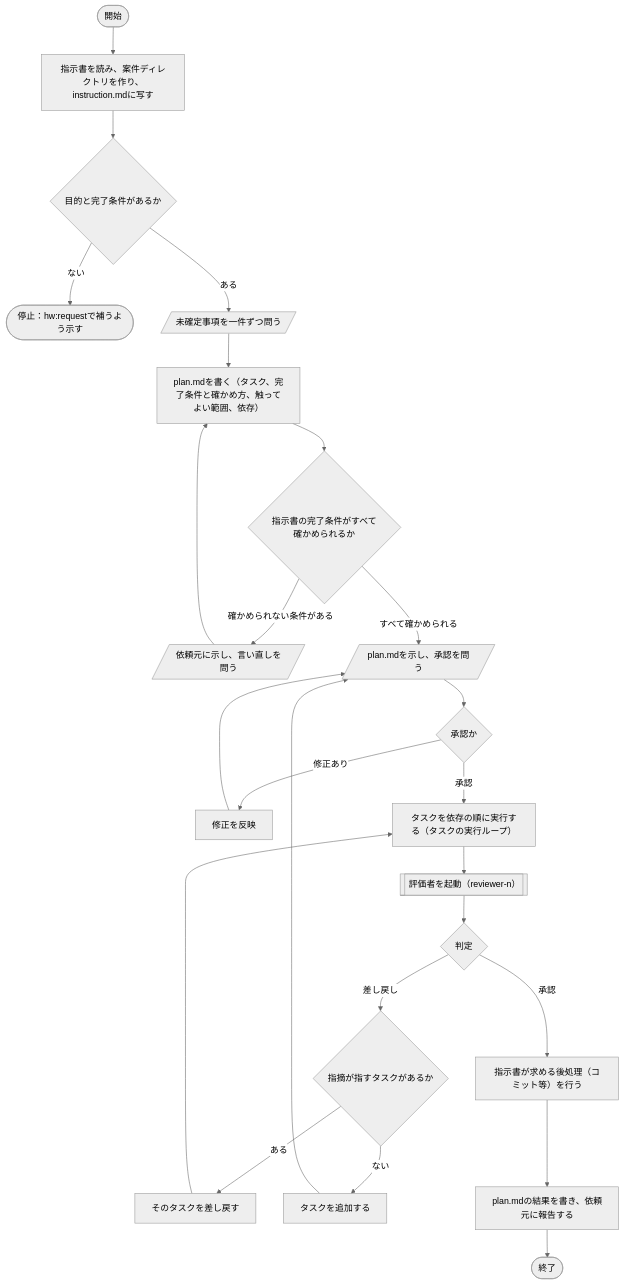
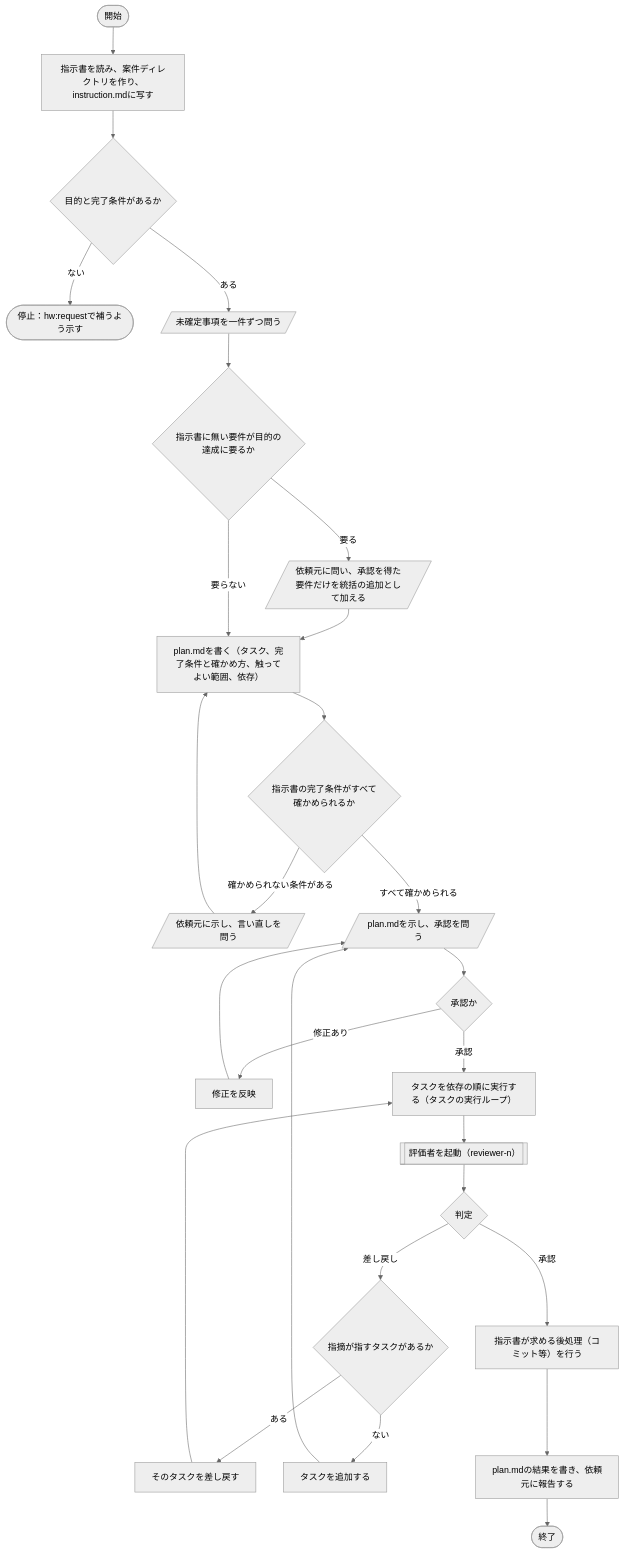
One commit to bizhermit/hermit-works changed the first of 2 diagrams in docs/design/skills/execute.md. Above: the diagram before and after it, drawn with Mermaid (neutral theme). The commit also changed 6 other files, not shown here.

````diff
--- a/docs/design/skills/execute.md
+++ b/docs/design/skills/execute.md
@@ -17,26 +17,29 @@
 ```mermaid
 flowchart TD
     S([開始]) --> A1["指示書を読み、案件ディレクトリを作り、instruction.mdに写す"]
     A1 --> A2{"目的と完了条件があるか"}
     A2 -- ない --> X1(["停止：hw:requestで補うよう示す"])
     A2 -- ある --> B1[/"未確定事項を一件ずつ問う"/]
-    B1 --> C1["plan.mdを書く（タスク、完了条件と確かめ方、触ってよい範囲、依存）"]
+    B1 --> C0{"指示書に無い要件が目的の達成に要るか"}
+    C0 -- 要る --> C0a[/"依頼元に問い、承認を得た要件だけを統括の追加として加える"/]
+    C0a --> C1["plan.mdを書く（タスク、完了条件と確かめ方、触ってよい範囲、依存）"]
+    C0 -- 要らない --> C1
     C1 --> C2{"指示書の完了条件がすべて確かめられるか"}
     C2 -- 確かめられない条件がある --> C3[/"依頼元に示し、言い直しを問う"/]
     C3 --> C1
     C2 -- すべて確かめられる --> D1[/"plan.mdを示し、承認を問う"/]
     D1 --> D2{"承認か"}
     D2 -- 修正あり --> D3["修正を反映"]
     D3 --> D1
     D2 -- 承認 --> E1["タスクを依存の順に実行する（タスクの実行ループ）"]
     E1 --> F1[["評価者を起動（reviewer-n）"]]
     F1 --> F2{"判定"}
     F2 -- 差し戻し --> F3{"指摘が指すタスクがあるか"}
     F3 -- ある --> F4["そのタスクを差し戻す"]
     F4 --> E1
     F3 -- ない --> F5["タスクを追加する"]
     F5 --> D1
     F2 -- 承認 --> G1["指示書が求める後処理（コミット等）を行う"]
     G1 --> G2["plan.mdの結果を書き、依頼元に報告する"]
     G2 --> T([終了])
 ```
````
